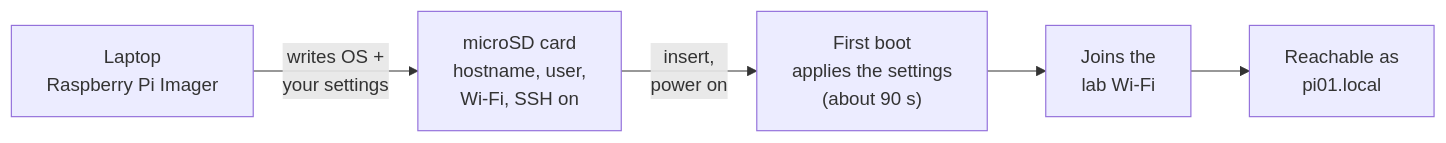
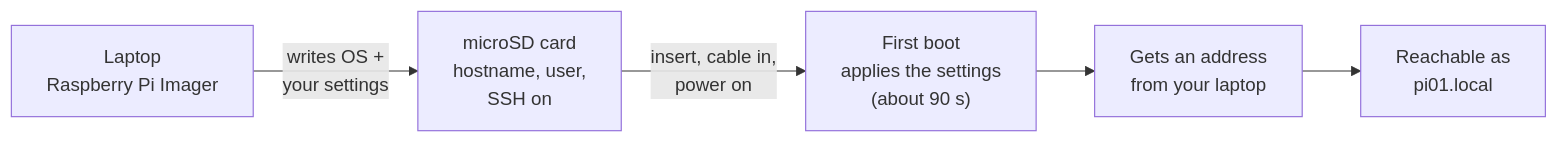
Before and after one commit to luqmanyusof/industrial-iot-raspberry-pi: the fifth of 23 diagrams in day1.md, drawn with Mermaid. The commit also changed other lines of this file and 2 other files, not shown here.

First line of the commit message:
Day 1: Pi on two networks (internet via laptop LAN cable, plant via ESP32 Wi-Fi AP)

````diff
--- a/day1.md
+++ b/day1.md
@@ -135,7 +162,7 @@
 ```mermaid
 flowchart LR
-    A["Laptop<br/>Raspberry Pi Imager"] -- "writes OS +<br/>your settings" --> B["microSD card<br/>hostname, user,<br/>Wi-Fi, SSH on"]
-    B -- "insert,<br/>power on" --> C["First boot<br/>applies the settings<br/>(about 90 s)"]
-    C --> D["Joins the<br/>lab Wi-Fi"]
+    A["Laptop<br/>Raspberry Pi Imager"] -- "writes OS +<br/>your settings" --> B["microSD card<br/>hostname, user,<br/>SSH on"]
+    B -- "insert, cable in,<br/>power on" --> C["First boot<br/>applies the settings<br/>(about 90 s)"]
+    C --> D["Gets an address<br/>from your laptop"]
     D --> E["Reachable as<br/>pi01.local"]
 ```
````
